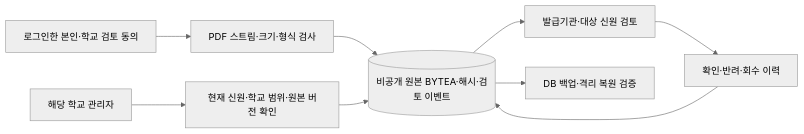
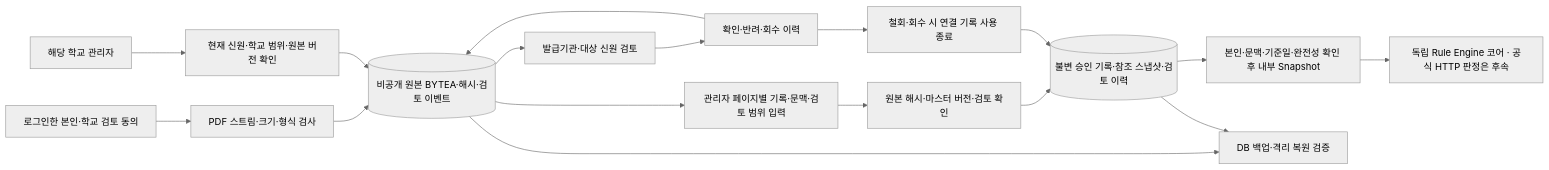
Before and after one commit to product04231125/UNIPATH: the first of 12 diagrams in docs/architecture-erd.md, drawn with Mermaid (neutral theme). The commit also changed other lines of this file and 35 other files, not shown here.

````diff
--- a/docs/architecture-erd.md
+++ b/docs/architecture-erd.md
@@ -33,11 +36,19 @@
 ```mermaid
 flowchart LR
     Owner[로그인한 본인·학교 검토 동의] --> Upload[PDF 스트림·크기·형식 검사]
     Upload --> PrivateDB[(비공개 원본 BYTEA·해시·검토 이벤트)]
     Reviewer[해당 학교 관리자] --> Guard[현재 신원·학교 범위·원본 버전 확인]
     Guard --> PrivateDB
     PrivateDB --> Review[발급기관·대상 신원 검토]
     Review --> Events[확인·반려·회수 이력]
     Events --> PrivateDB
+    PrivateDB --> Records[관리자 페이지별 기록·문맥·검토 범위 입력]
+    Records --> Approval[원본 해시·마스터 버전·검토 확인]
+    Approval --> RecordDB[(불변 승인 기록·참조 스냅샷·검토 이력)]
+    RecordDB --> Snapshot[본인·문맥·기준일·완전성 확인 후 내부 Snapshot]
+    Snapshot --> RuleCore[독립 Rule Engine 코어 · 공식 HTTP 판정은 후속]
+    Events --> Invalidate[철회·회수 시 연결 기록 사용 종료]
+    Invalidate --> RecordDB
     PrivateDB --> Backup[DB 백업·격리 복원 검증]
+    RecordDB --> Backup
 ```
````
